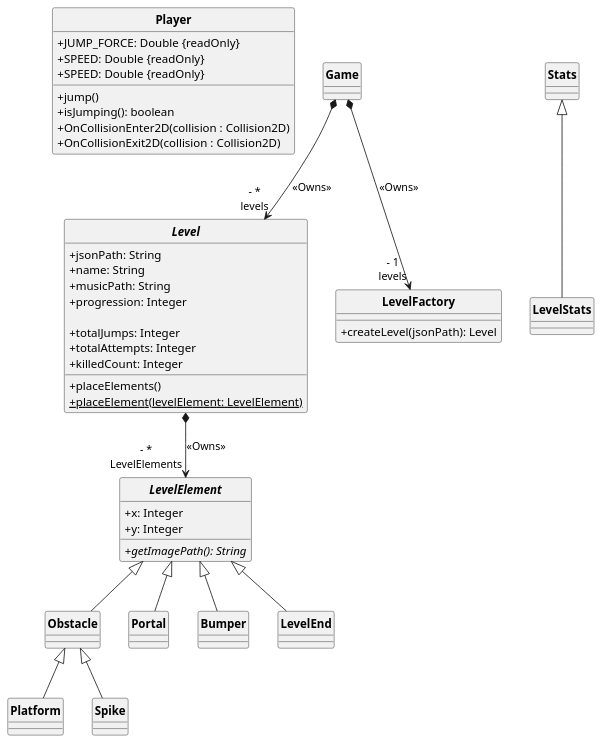
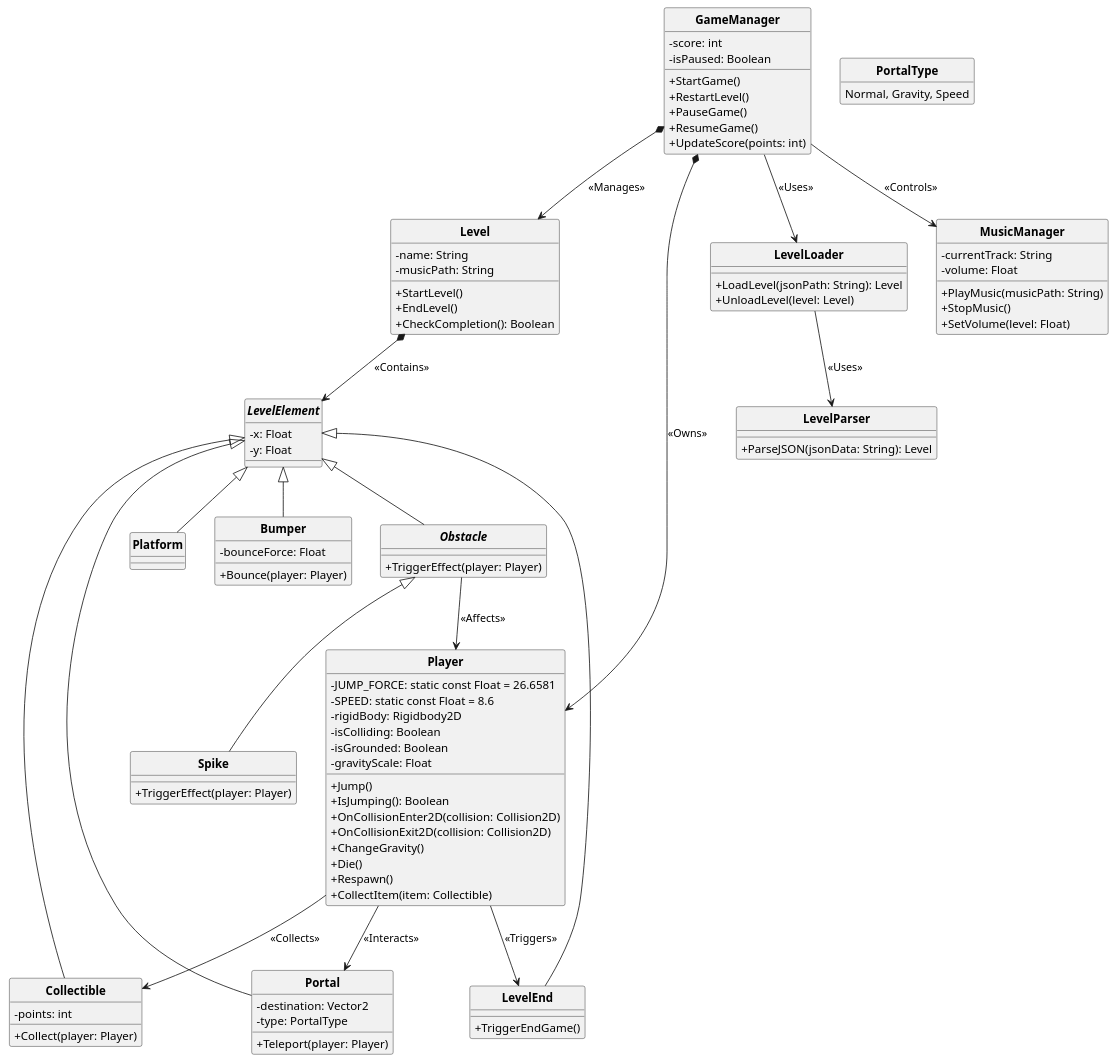
Before and after one commit to boudji-ludwig-pett/cnam-geometry-dash: the diagram in Documentation/UML/class-diagram.puml, drawn with PlantUML.

Commit message:
docs(class-diagram): complete class diagram (#35)

```diff
--- a/Documentation/UML/class-diagram.puml
+++ b/Documentation/UML/class-diagram.puml
@@ -1,93 +1,111 @@
 @startuml Geometry Dash - Diagramme de classe
 
 skinparam style strictuml
 skinparam classAttributeIconSize 0
 skinparam classFontStyle Bold
 hide enum methods
 
-class Player {
-  {field} + JUMP_FORCE: Double {readOnly}
-  {field} + SPEED: Double {readOnly}
-  {field} + SPEED: Double {readOnly}
+class GameManager {
+  - score: int
+  - isPaused: Boolean
+  + StartGame()
+  + RestartLevel()
+  + PauseGame()
+  + ResumeGame()
+  + UpdateScore(points: int)
+}
 
-  {method} + jump()
-  {method} + isJumping(): boolean
-  {method} + OnCollisionEnter2D(collision : Collision2D)
-  {method} + OnCollisionExit2D(collision : Collision2D)
+class Level {
+  - name: String
+  - musicPath: String
+  + StartLevel()
+  + EndLevel()
+  + CheckCompletion(): Boolean
 }
 
 abstract class LevelElement {
-  {field} + x: Integer
-  {field} + y: Integer
-  {method} + getImagePath(): String {abstract}
+  - x: Float
+  - y: Float
 }
 
-class Obstacle extends LevelElement {
-
+abstract class Obstacle extends LevelElement {
+  + TriggerEffect(player: Player)
 }
 
-class Platform extends Obstacle {
-
+class Platform extends LevelElement {
 }
 
 class Spike extends Obstacle {
-
+  + TriggerEffect(player: Player)
 }
 
 class Portal extends LevelElement {
+  - destination: Vector2
+  - type: PortalType
+  + Teleport(player: Player)
+}
 
+enum PortalType {
+  Normal, Gravity, Speed
 }
 
 class Bumper extends LevelElement {
-
+  - bounceForce: Float
+  + Bounce(player: Player)
 }
 
 class LevelEnd extends LevelElement {
-
+  + TriggerEndGame()
 }
 
-abstract class Level {
-  {field} + jsonPath: String
-  {field} + name: String
-  {field} + musicPath: String
-  {field} + progression: Integer
-
-  {field} + totalJumps: Integer
-  {field} + totalAttempts: Integer
-  {field} + killedCount: Integer
-
-  {method} + placeElements()
-  {method} + placeElement(levelElement: LevelElement) {static}
+class Collectible extends LevelElement {
+  - points: int
+  + Collect(player: Player)
 }
 
-class LevelStats extends Stats {
-
+class Player {
+  - JUMP_FORCE: static const Float = 26.6581
+  - SPEED: static const Float = 8.6
+  - rigidBody: Rigidbody2D
+  - isColliding: Boolean
+  - isGrounded: Boolean
+  - gravityScale: Float
+  + Jump()
+  + IsJumping(): Boolean
+  + OnCollisionEnter2D(collision: Collision2D)
+  + OnCollisionExit2D(collision: Collision2D)
+  + ChangeGravity()
+  + Die()
+  + Respawn()
+  + CollectItem(item: Collectible)
 }
 
-class LevelFactory {
-  {method} + createLevel(jsonPath): Level
+class LevelLoader {
+  + LoadLevel(jsonPath: String): Level
+  + UnloadLevel(level: Level)
 }
 
-class Game {
+class LevelParser {
+  + ParseJSON(jsonData: String): Level
 }
 
-Level *--> "- *\nLevelElements" LevelElement : <<Owns>>
-Game *--> "- *\nlevels" Level : <<Owns>>
-Game *--> "- 1\nlevels" LevelFactory : <<Owns>>
+class MusicManager {
+  - currentTrack: String
+  - volume: Float
+  + PlayMusic(musicPath: String)
+  + StopMusic()
+  + SetVolume(level: Float)
+}
 
-' {
-    ' "name": "Back on Track",
-    ' "music"
-    ' "elements": [
-    '   {
-    '     "type": "Spike",
-    '     "position": {
-    '       "x": 0,
-    '       "y": 0
-    '     },
-    '   }
-    ' ]
-' }
-
+GameManager *--> Level : <<Manages>>
+GameManager --> LevelLoader : <<Uses>>
+LevelLoader --> LevelParser : <<Uses>>
+Level *--> LevelElement : <<Contains>>
+GameManager *--> Player : <<Owns>>
+GameManager --> MusicManager : <<Controls>>
+Player --> LevelEnd : <<Triggers>>
+Player --> Portal : <<Interacts>>
+Player --> Collectible : <<Collects>>
+Obstacle --> Player : <<Affects>>
 
 @enduml
```
